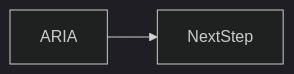
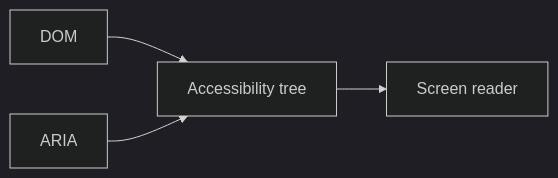
Before and after one commit to OmidJavaherii/Frontend-Engineering-Handbook: the second of 2 diagrams in docs/en/18-accessibility/aria/index.md, drawn with Mermaid (dark theme). The commit also changed other lines of this file and 461 other files, not shown here.

````diff
--- a/docs/en/18-accessibility/aria/index.md
+++ b/docs/en/18-accessibility/aria/index.md
@@ -96,4 +111,6 @@
 ```mermaid
 flowchart LR
-  concept[ARIA] --> nextStep[NextStep]
+  DOM --> AccTree[Accessibility tree]
+  ARIA --> AccTree
+  AccTree --> AT[Screen reader]
 ```
````
